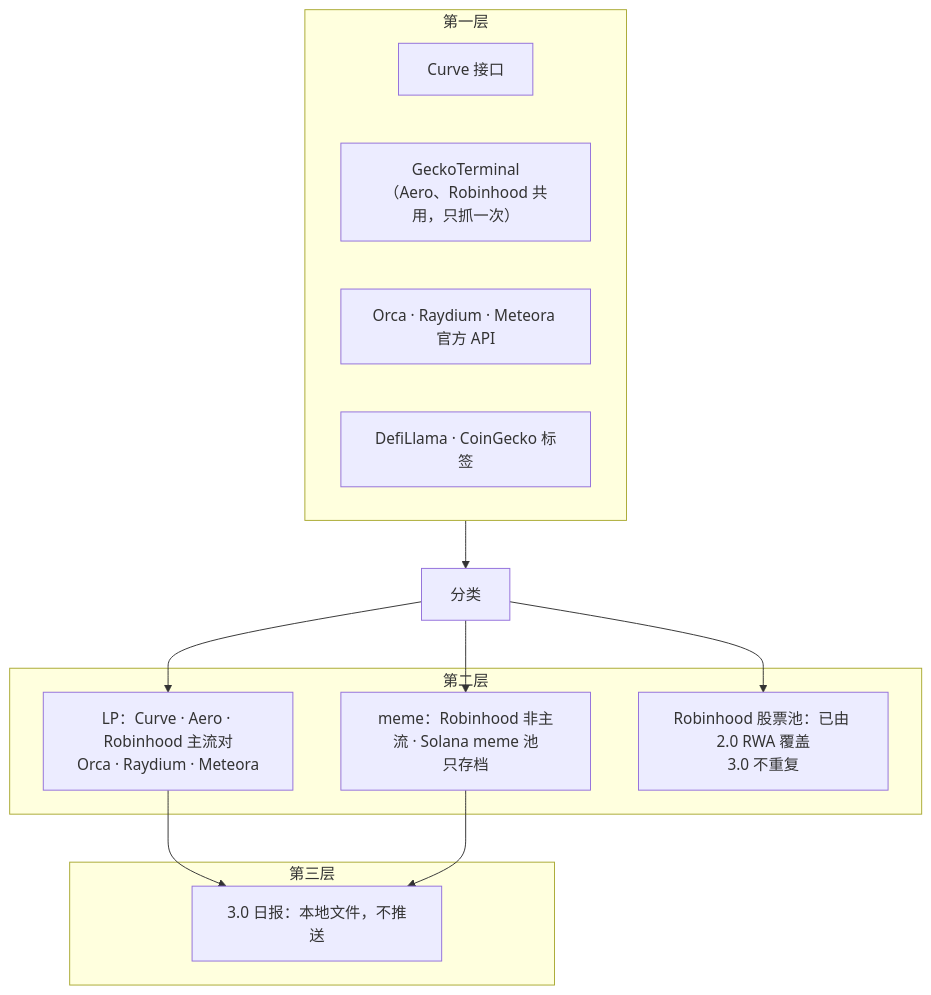
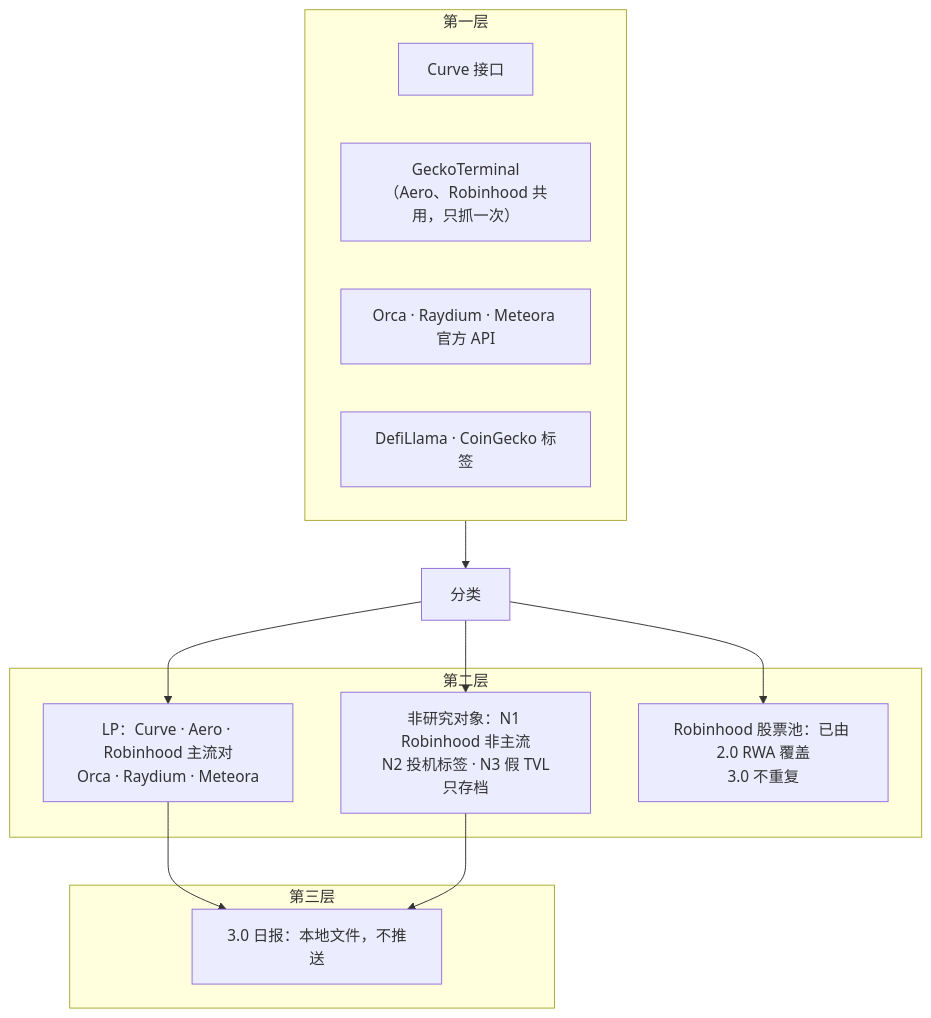
Before and after one commit to JulyWA/lp-monitor-3.0-snapshot: the seventh of 10 diagrams in protocol-docs/lp-market-layered-refactor-brief.md, drawn with Mermaid. The commit also changed other lines of this file and 9 other files, not shown here.

````diff
--- a/protocol-docs/lp-market-layered-refactor-brief.md
+++ b/protocol-docs/lp-market-layered-refactor-brief.md
@@ -218,20 +223,20 @@
 ```mermaid
 flowchart TB
   subgraph S1["第一层"]
     c1["Curve 接口"]
     c2["GeckoTerminal<br/>（Aero、Robinhood 共用，只抓一次）"]
     c3["Orca · Raydium · Meteora 官方 API"]
     c4["DefiLlama · CoinGecko 标签"]
   end
   K["分类"]
   subgraph S2["第二层"]
     lp["LP：Curve · Aero · Robinhood 主流对<br/>Orca · Raydium · Meteora"]
-    mm["meme：Robinhood 非主流 · Solana meme 池<br/>只存档"]
+    mm["非研究对象：N1 Robinhood 非主流<br/>N2 投机标签 · N3 假 TVL<br/>只存档"]
     st["Robinhood 股票池：已由 2.0 RWA 覆盖<br/>3.0 不重复"]
   end
   subgraph S3["第三层"]
     o["3.0 日报：本地文件，不推送"]
   end
   S1 --> K --> lp & mm & st
   lp & mm --> o
 ```
````
